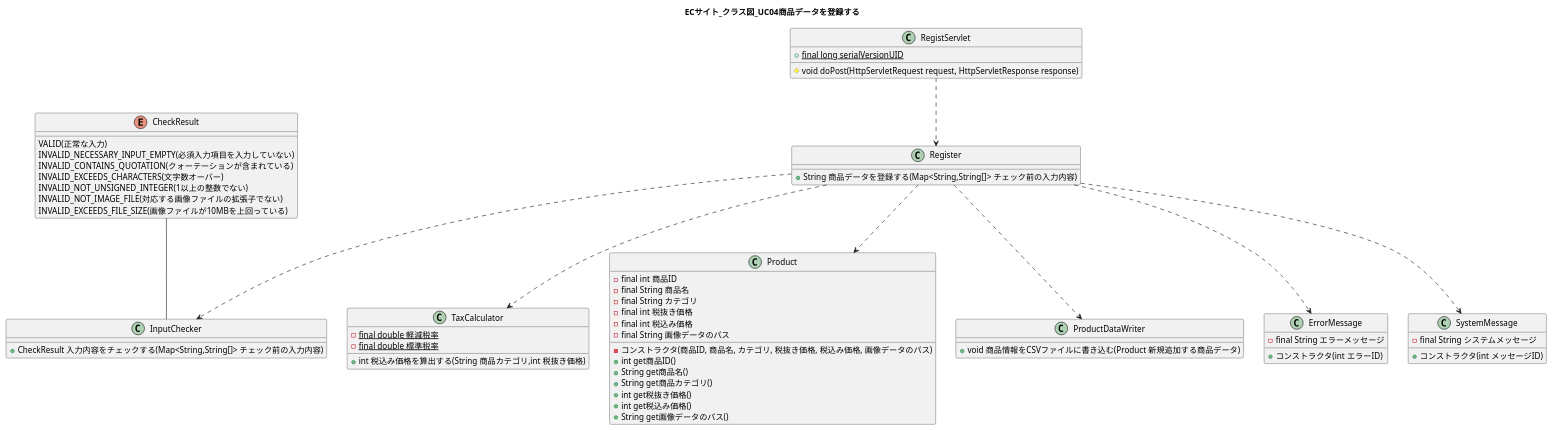
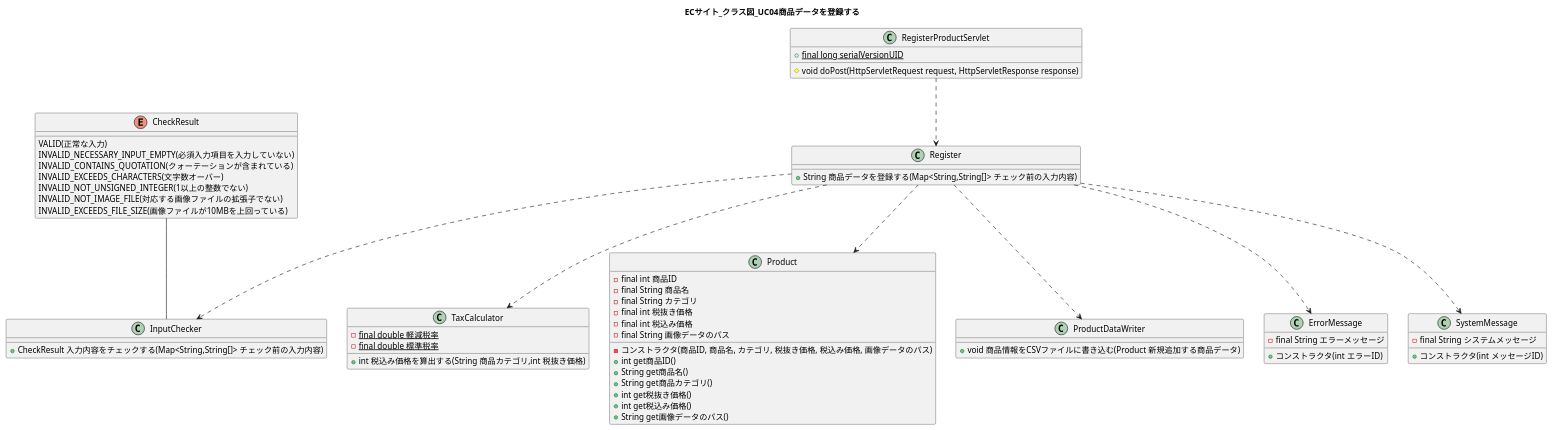
One commit to wnakayama/ojt_ecsite changed the diagram in UML/ClassDiag04.puml. Above: the diagram before and after it, drawn with PlantUML. The commit also changed 3 other files, not shown here.

```diff
--- a/UML/ClassDiag04.puml
+++ b/UML/ClassDiag04.puml
@@ -1,73 +1,73 @@
 @startuml
 title ECサイト_クラス図_UC04商品データを登録する
 
 
-class RegistServlet {
+class RegisterProductServlet {
     +{static} final long serialVersionUID
     #void doPost(HttpServletRequest request, HttpServletResponse response)
 }
 
-RegistServlet ..> Register
+RegisterProductServlet ..> Register
 class Register {
     +String 商品データを登録する(Map<String,String[]> チェック前の入力内容)
 }
 
 CheckResult -- InputChecker
 enum CheckResult {
     VALID(正常な入力)
     INVALID_NECESSARY_INPUT_EMPTY(必須入力項目を入力していない)
     INVALID_CONTAINS_QUOTATION(クォーテーションが含まれている)
     INVALID_EXCEEDS_CHARACTERS(文字数オーバー)
     INVALID_NOT_UNSIGNED_INTEGER(1以上の整数でない)
     INVALID_NOT_IMAGE_FILE(対応する画像ファイルの拡張子でない)
     INVALID_EXCEEDS_FILE_SIZE(画像ファイルが10MBを上回っている)
 }
 
 Register ..> InputChecker
 class InputChecker {
     +CheckResult 入力内容をチェックする(Map<String,String[]> チェック前の入力内容)
 }
 
 Register ..> TaxCalculator
 class TaxCalculator {
     -{static}final double 軽減税率
     -{static}final double 標準税率
 
     +int 税込み価格を算出する(String 商品カテゴリ,int 税抜き価格)
 }
 
 Register ..> Product 
 class Product {
     -final int 商品ID
     -final String 商品名
     -final String カテゴリ
     -final int 税抜き価格
     -final int 税込み価格
     -final String 画像データのパス
     -コンストラクタ(商品ID, 商品名, カテゴリ, 税抜き価格, 税込み価格, 画像データのパス)
     +int get商品ID()
     +String get商品名()
     +String get商品カテゴリ()
     +int get税抜き価格()
     +int get税込み価格()
     +String get画像データのパス()
 }
 
 Register ..> ProductDataWriter
 class ProductDataWriter {
     + void 商品情報をCSVファイルに書き込む(Product 新規追加する商品データ)
 }
 
 Register ..> ErrorMessage
 class ErrorMessage {
     -final String エラーメッセージ
     +コンストラクタ(int エラーID)
 }
 
 Register ..> SystemMessage
 class SystemMessage {
     -final String システムメッセージ
     +コンストラクタ(int メッセージID)
 }
 
 @enduml
```
